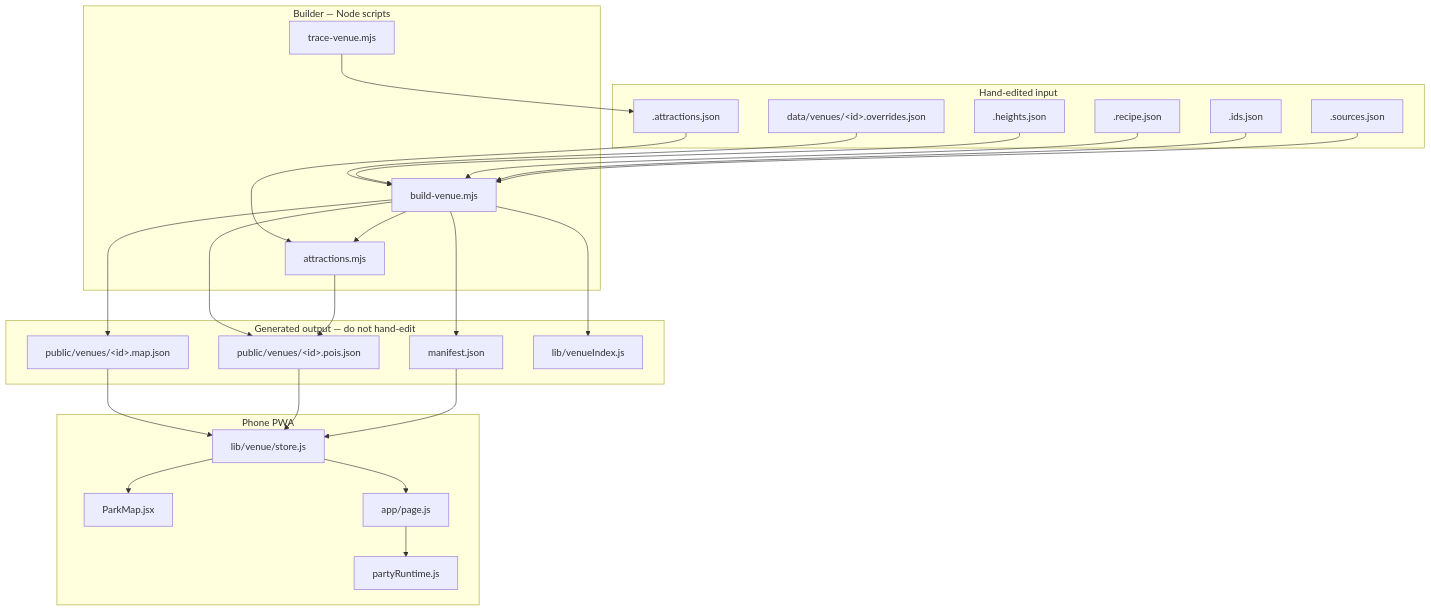
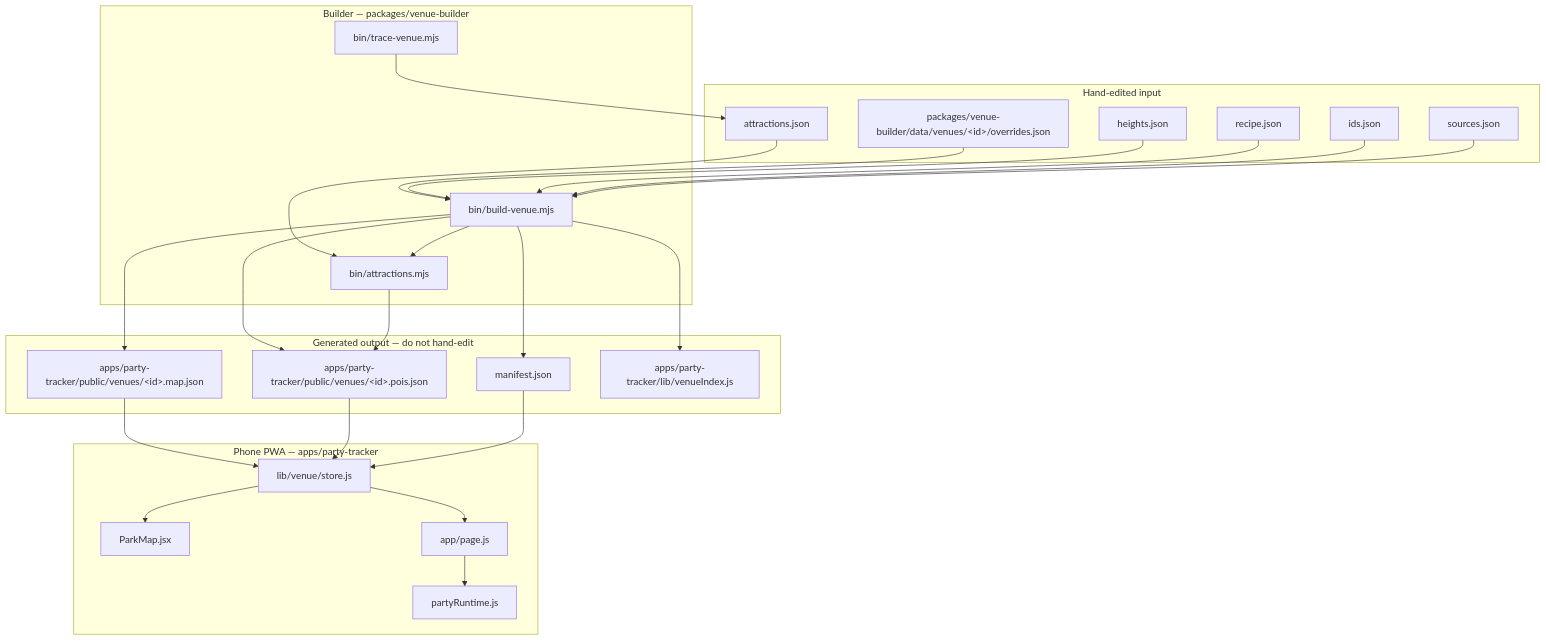
The first of 8 diagrams in docs/architecture-map.md (parthalon025/six-flags-sa), drawn with Mermaid before and after one commit. The commit also changed other lines of this file and 13 other files, not shown here.

````diff
--- a/docs/architecture-map.md
+++ b/docs/architecture-map.md
@@ -21,41 +21,41 @@
 ```mermaid
 flowchart TB
   subgraph edit ["Hand-edited input"]
-    OV["data/venues/&lt;id&gt;.overrides.json"]
-    HT[".heights.json"]
-    RC[".recipe.json"]
-    IDS[".ids.json"]
-    ATTR[".attractions.json"]
-    SRC[".sources.json"]
+    OV["packages/venue-builder/data/venues/&lt;id&gt;/overrides.json"]
+    HT["heights.json"]
+    RC["recipe.json"]
+    IDS["ids.json"]
+    ATTR["attractions.json"]
+    SRC["sources.json"]
   end
 
-  subgraph build ["Builder — Node scripts"]
-    BV["build-venue.mjs"]
-    AT["attractions.mjs"]
-    TR["trace-venue.mjs"]
+  subgraph build ["Builder — packages/venue-builder"]
+    BV["bin/build-venue.mjs"]
+    AT["bin/attractions.mjs"]
+    TR["bin/trace-venue.mjs"]
   end
 
   subgraph ship ["Generated output — do not hand-edit"]
-    MAP["public/venues/&lt;id&gt;.map.json"]
-    POIS["public/venues/&lt;id&gt;.pois.json"]
+    MAP["apps/party-tracker/public/venues/&lt;id&gt;.map.json"]
+    POIS["apps/party-tracker/public/venues/&lt;id&gt;.pois.json"]
     MAN["manifest.json"]
-    VIX["lib/venueIndex.js"]
+    VIX["apps/party-tracker/lib/venueIndex.js"]
   end
 
-  subgraph phone ["Phone PWA"]
+  subgraph phone ["Phone PWA — apps/party-tracker"]
     STORE["lib/venue/store.js"]
     PM["ParkMap.jsx"]
     PAGE["app/page.js"]
     PR["partyRuntime.js"]
   end
 
   OV & HT & RC & IDS & SRC --> BV
   ATTR --> AT
   BV --> MAP & POIS & MAN & VIX
   BV --> AT
   AT --> POIS
   TR --> ATTR
   MAP & POIS & MAN --> STORE
   STORE --> PM & PAGE
   PAGE --> PR
 ```
````
